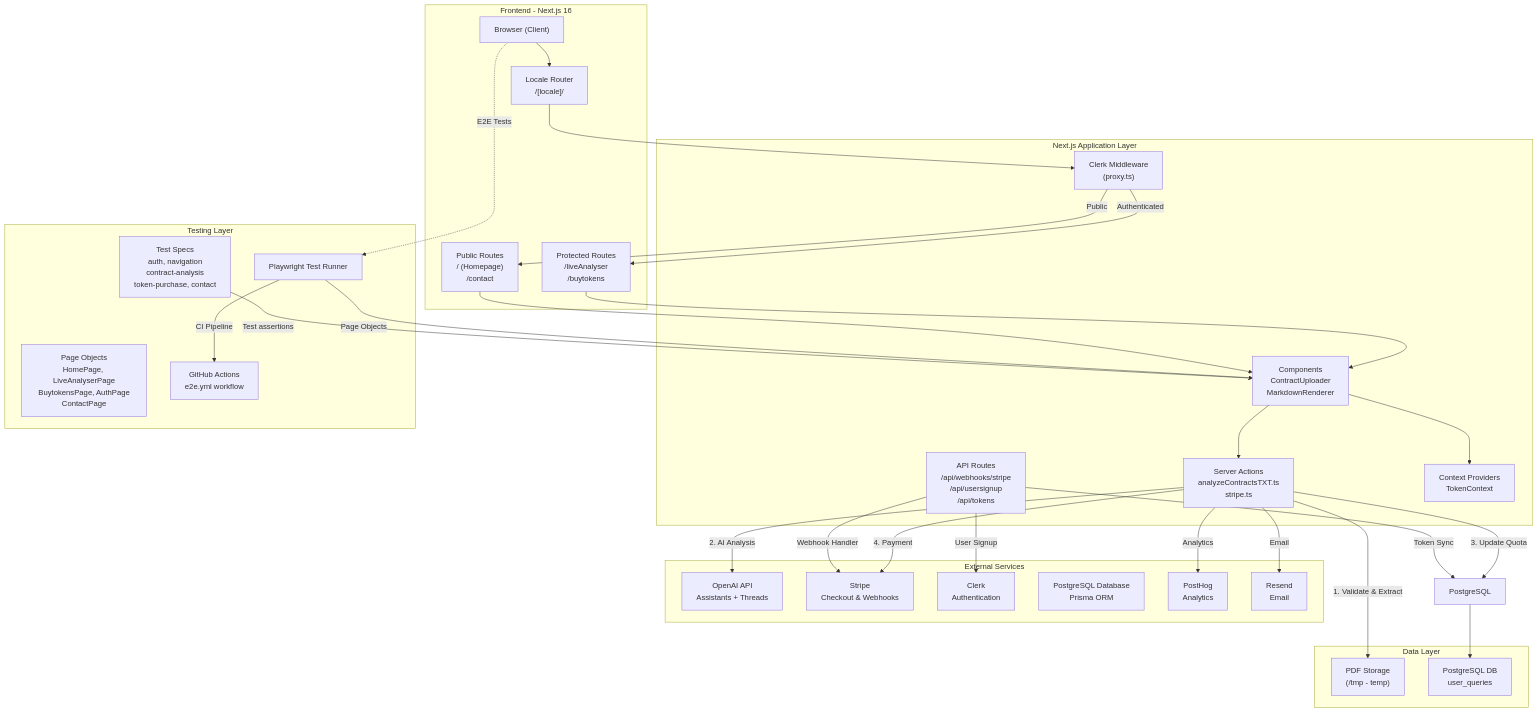
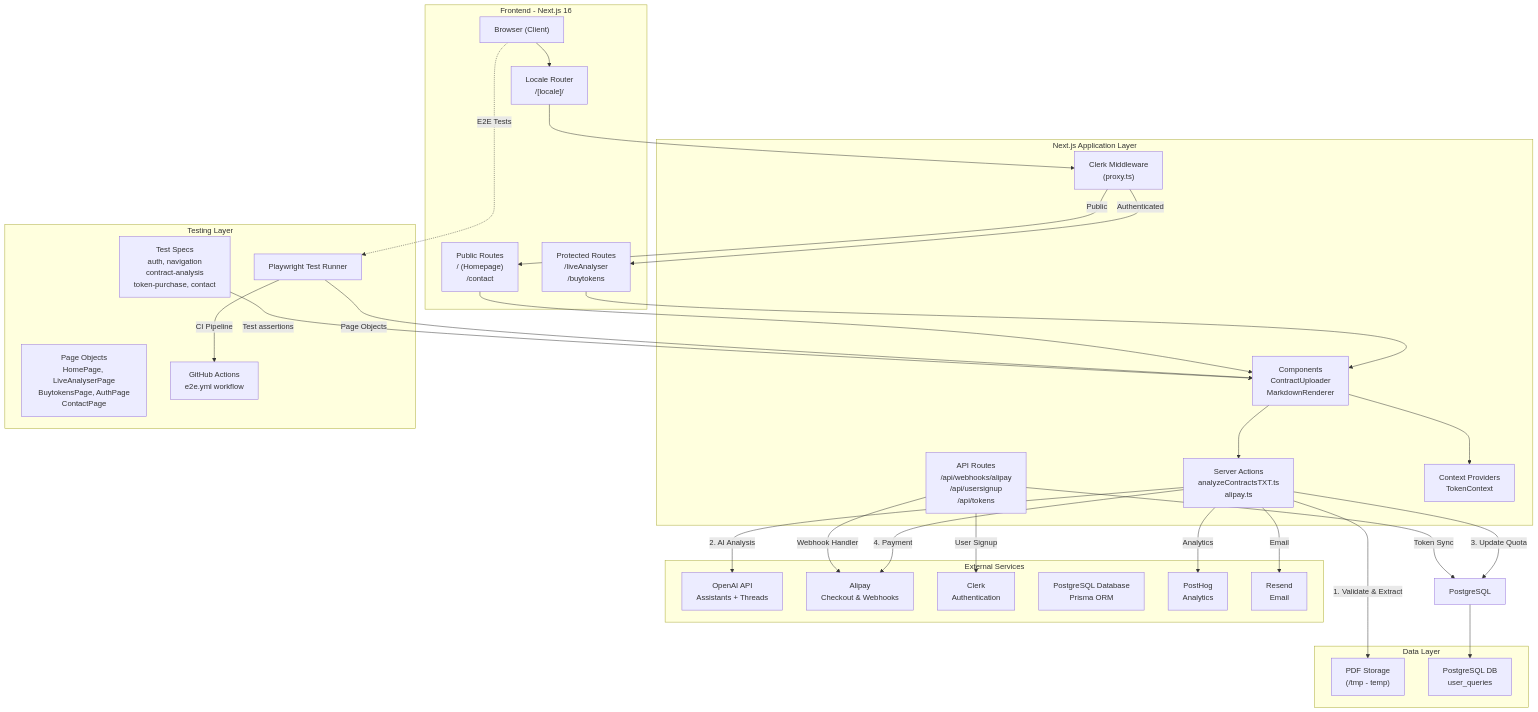
One commit to duzhongli-d/contractagent changed the first of 3 diagrams in docs/architecture/SYSTEM_OVERVIEW.md. Above: the diagram before and after it, drawn with Mermaid. The commit also changed other lines of this file and 5 other files, not shown here.

First line of the commit message:
docs: update all documentation for Stripe to Alipay migration

````diff
--- a/docs/architecture/SYSTEM_OVERVIEW.md
+++ b/docs/architecture/SYSTEM_OVERVIEW.md
@@ -26,69 +26,69 @@
 ```mermaid
 graph TB
     subgraph Client["Frontend - Next.js 16"]
         Browser["Browser (Client)"]
         LocaleRouter["Locale Router<br/>/[locale]/"]
         ProtectedRoutes["Protected Routes<br/>/liveAnalyser<br/>/buytokens"]
         PublicRoutes["Public Routes<br/>/ (Homepage)<br/>/contact"]
     end
 
     subgraph NextJS["Next.js Application Layer"]
         Middleware["Clerk Middleware<br/>(proxy.ts)"]
-        ServerActions["Server Actions<br/>analyzeContractsTXT.ts<br/>stripe.ts"]
-        APIRoutes["API Routes<br/>/api/webhooks/stripe<br/>/api/usersignup<br/>/api/tokens"]
+        ServerActions["Server Actions<br/>analyzeContractsTXT.ts<br/>alipay.ts"]
+        APIRoutes["API Routes<br/>/api/webhooks/alipay<br/>/api/usersignup<br/>/api/tokens"]
         Components["Components<br/>ContractUploader<br/>MarkdownRenderer"]
         Context["Context Providers<br/>TokenContext"]
     end
 
     subgraph ExternalServices["External Services"]
         OpenAI["OpenAI API<br/>Assistants + Threads"]
-        Stripe["Stripe<br/>Checkout & Webhooks"]
+        Alipay["Alipay<br/>Checkout & Webhooks"]
         Clerk["Clerk<br/>Authentication"]
         PostgreSQL_DB["PostgreSQL Database<br/>Prisma ORM"]
         PostHog["PostHog<br/>Analytics"]
         Resend["Resend<br/>Email"]
     end
 
     subgraph DataLayer["Data Layer"]
         PDFs["PDF Storage<br/>(/tmp - temp)"]
         DB["PostgreSQL DB<br/>user_queries"]
     end
 
     subgraph TestingLayer["Testing Layer"]
         Playwright["Playwright Test Runner"]
         POM["Page Objects<br/>HomePage, LiveAnalyserPage<br/>BuytokensPage, AuthPage<br/>ContactPage"]
         Specs["Test Specs<br/>auth, navigation<br/>contract-analysis<br/>token-purchase, contact"]
         CI_CD["GitHub Actions<br/>e2e.yml workflow"]
     end
 
     Browser --> LocaleRouter
     LocaleRouter --> Middleware
 
     Middleware -->|Authenticated| ProtectedRoutes
     Middleware -->|Public| PublicRoutes
 
     ProtectedRoutes --> Components
     PublicRoutes --> Components
 
     Components --> ServerActions
     Components --> Context
 
     ServerActions -->|1. Validate & Extract| PDFs
     ServerActions -->|2. AI Analysis| OpenAI
     ServerActions -->|3. Update Quota| PostgreSQL
-    ServerActions -->|4. Payment| Stripe
+    ServerActions -->|4. Payment| Alipay
 
-    APIRoutes -->|Webhook Handler| Stripe
+    APIRoutes -->|Webhook Handler| Alipay
     APIRoutes -->|Token Sync| PostgreSQL
     APIRoutes -->|User Signup| Clerk
 
     ServerActions -->|Analytics| PostHog
     ServerActions -->|Email| Resend
 
     PostgreSQL --> DB
 
     Browser -.->|"E2E Tests"| Playwright
     Playwright -->|"Page Objects"| Components
     Specs -->|"Test assertions"| Components
     Playwright -->|"CI Pipeline"| CI_CD
 ```
````
